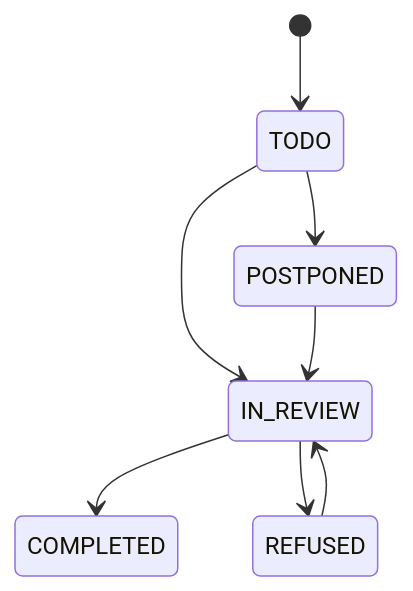
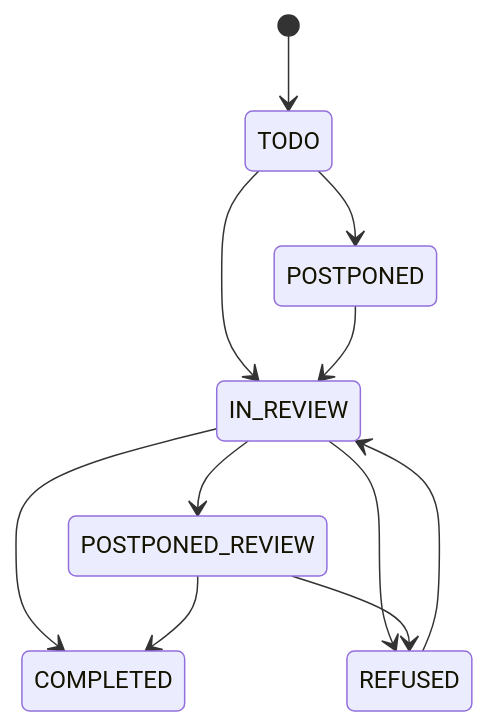
One commit to farscrl/pledarigrond-api changed the diagram in pronunciation/README.md. Above: the diagram before and after it, drawn with Mermaid.

Commit message:
doc: update pronunciation state diagram

````diff
--- a/pronunciation/README.md
+++ b/pronunciation/README.md
@@ -7,11 +7,14 @@
 ```mermaid
 stateDiagram-v2
     [*] --> TODO
 
     TODO --> IN_REVIEW
     TODO --> POSTPONED
     POSTPONED --> IN_REVIEW
     IN_REVIEW --> COMPLETED
     IN_REVIEW --> REFUSED
+    IN_REVIEW --> POSTPONED_REVIEW
+    POSTPONED_REVIEW --> COMPLETED
+    POSTPONED_REVIEW --> REFUSED
     REFUSED --> IN_REVIEW
 ```
````
